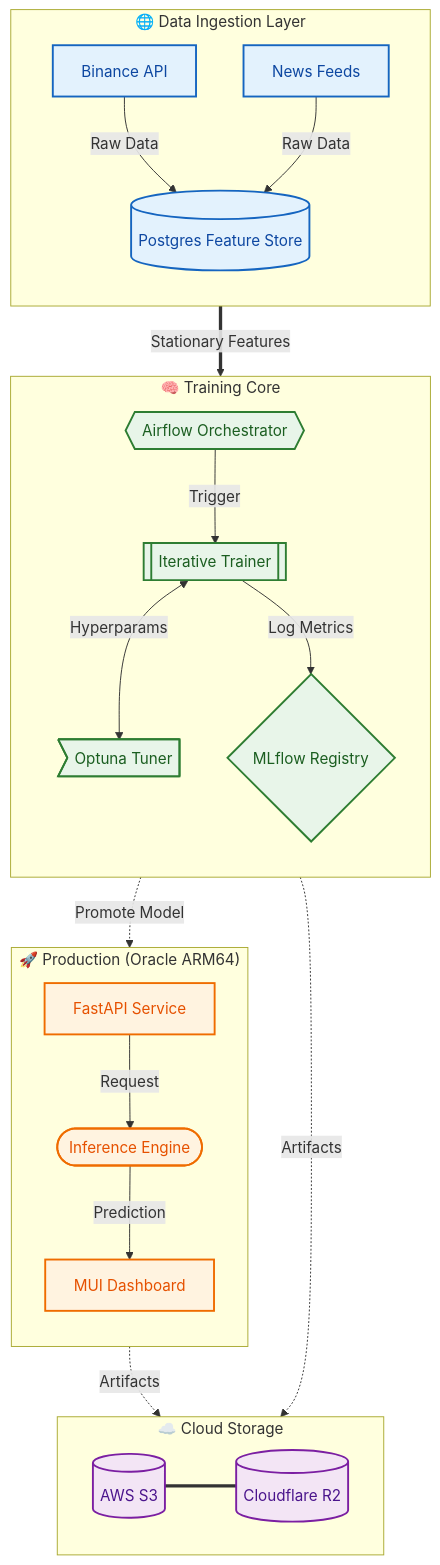
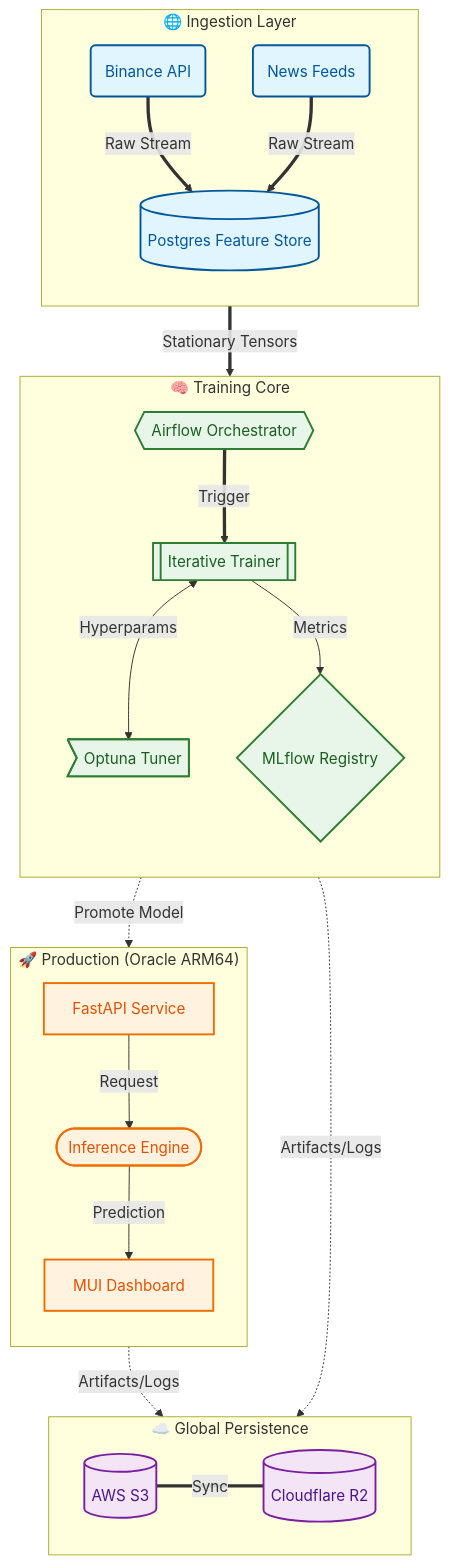
The diagram in README.md (ChuLiYu/alphapulse-mlops-platform), drawn with Mermaid before and after one commit.

Commit message:
docs: optimize mermaid diagram with basis curves and layered routing

````diff
--- a/README.md
+++ b/README.md
@@ -14,61 +14,66 @@
 ```mermaid
+%%{init: {'flowchart': {'curve': 'basis'}}}%%
 flowchart TD
-    %% --- Global Style & Palette (Material Design) ---
-    %% Data: Blue - Trust & Information
-    classDef data fill:#E3F2FD,stroke:#1565C0,stroke-width:2px,color:#0D47A1;
-    %% Compute/ML: Green - Growth & Processing
+    %% --- Palette & Styles ---
+    classDef data fill:#E1F5FE,stroke:#01579B,stroke-width:2px,color:#01579B;
     classDef compute fill:#E8F5E9,stroke:#2E7D32,stroke-width:2px,color:#1B5E20;
-    %% Production: Orange - Action & Interface
     classDef prod fill:#FFF3E0,stroke:#EF6C00,stroke-width:2px,color:#E65100;
-    %% Storage: Purple - Persistence & Cloud
     classDef storage fill:#F3E5F5,stroke:#7B1FA2,stroke-width:2px,color:#4A148C;
-
-    %% --- Components ---
-    subgraph Data_Hub ["🌐 Data Ingestion Layer"]
+    
+    %% --- 1. Data Layer ---
+    subgraph Data_Hub ["🌐 Ingestion Layer"]
         direction TB
-        S1[Binance API]
-        S2[News Feeds]
+        S1(Binance API)
+        S2(News Feeds)
         FS[(Postgres Feature Store)]
     end
 
+    %% --- 2. Training Layer ---
     subgraph MLOps_Engine ["🧠 Training Core"]
         direction TB
         T1{{Airflow Orchestrator}}
         T2[[Iterative Trainer]]
         T3{MLflow Registry}
         T4>Optuna Tuner]
     end
 
+    %% --- 3. Production Layer ---
     subgraph Prod_Cluster ["🚀 Production (Oracle ARM64)"]
         direction TB
         P1[FastAPI Service]
         P2[MUI Dashboard]
         P3([Inference Engine])
     end
 
-    subgraph Cloud_Tier ["☁️ Cloud Storage"]
+    %% --- 4. Storage Layer (Bottom) ---
+    subgraph Cloud_Tier ["☁️ Global Persistence"]
         direction LR
         ST1[(AWS S3)]
         ST2[(Cloudflare R2)]
     end
 
-    %% --- Connections ---
-    S1 & S2 -->|Raw Data| FS
-    FS ==>|Stationary Features| T1
-    T1 -->|Trigger| T2
+    %% --- Precise Connections (Visual Hierarchy) ---
+    %% Main Data Pipe (Bold, Direct)
+    S1 & S2 ==>|Raw Stream| FS
+    FS ==>|Stationary Tensors| T1
+    T1 ==>|Trigger| T2
+    
+    %% Training Loop (Standard)
     T2 <-->|Hyperparams| T4
-    T2 -->|Log Metrics| T3
+    T2 -->|Metrics| T3
     
+    %% Deployment & Serving (Async/Dashed)
     T3 -.->|Promote Model| P1
     P1 -->|Request| P3
     P3 -->|Prediction| P2
     
-    T3 & P1 -.->|Artifacts| ST1
-    ST1 === ST2
+    %% Persistence (Bottom Flow to avoid text overlap)
+    T3 & P1 -.->|Artifacts/Logs| ST1
+    ST1 ===|Sync| ST2
 
-    %% --- Styling Applications ---
+    %% --- Apply Styles ---
     class S1,S2,FS data
     class T1,T2,T3,T4 compute
     class P1,P2,P3 prod
     class ST1,ST2 storage
 ```
````
